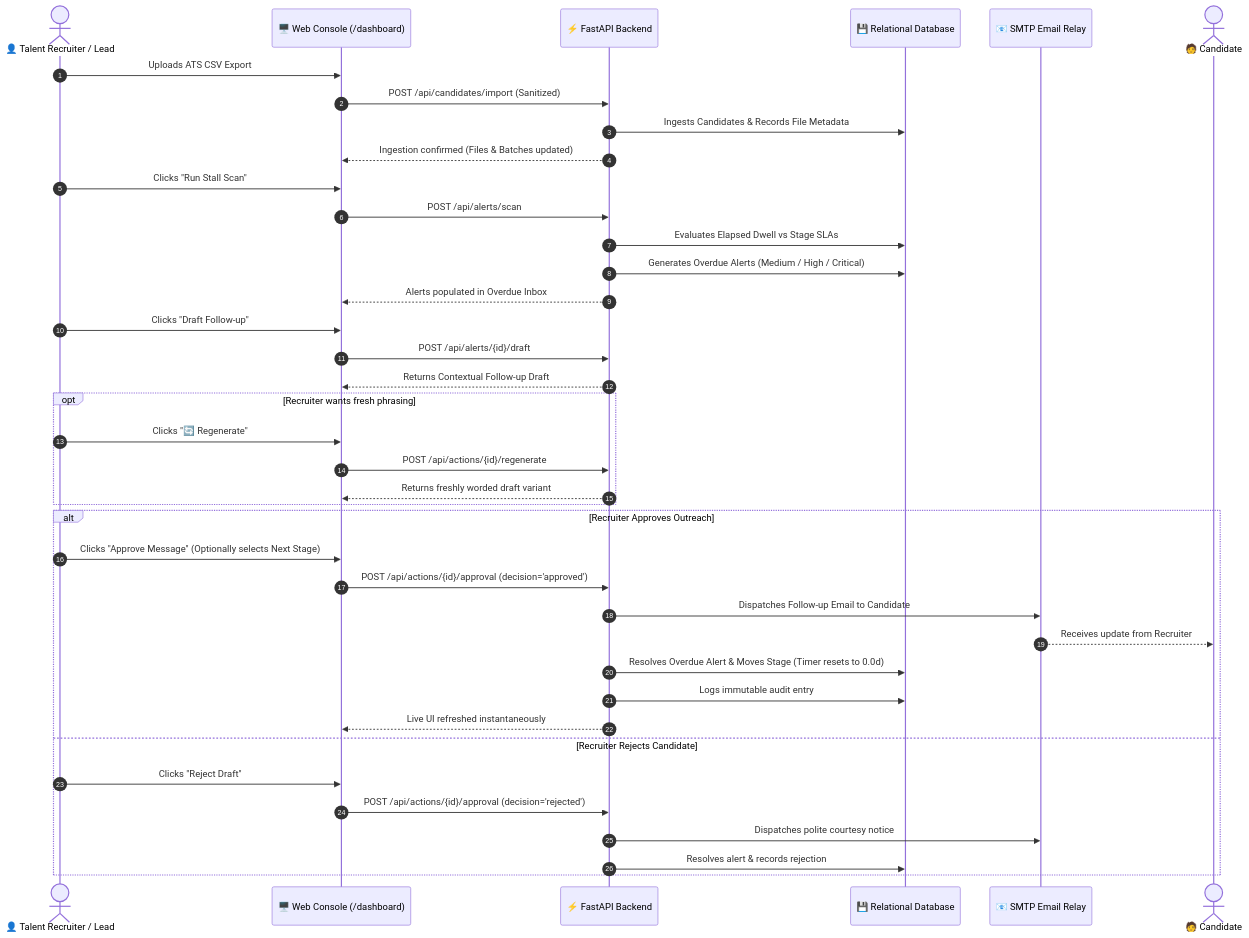
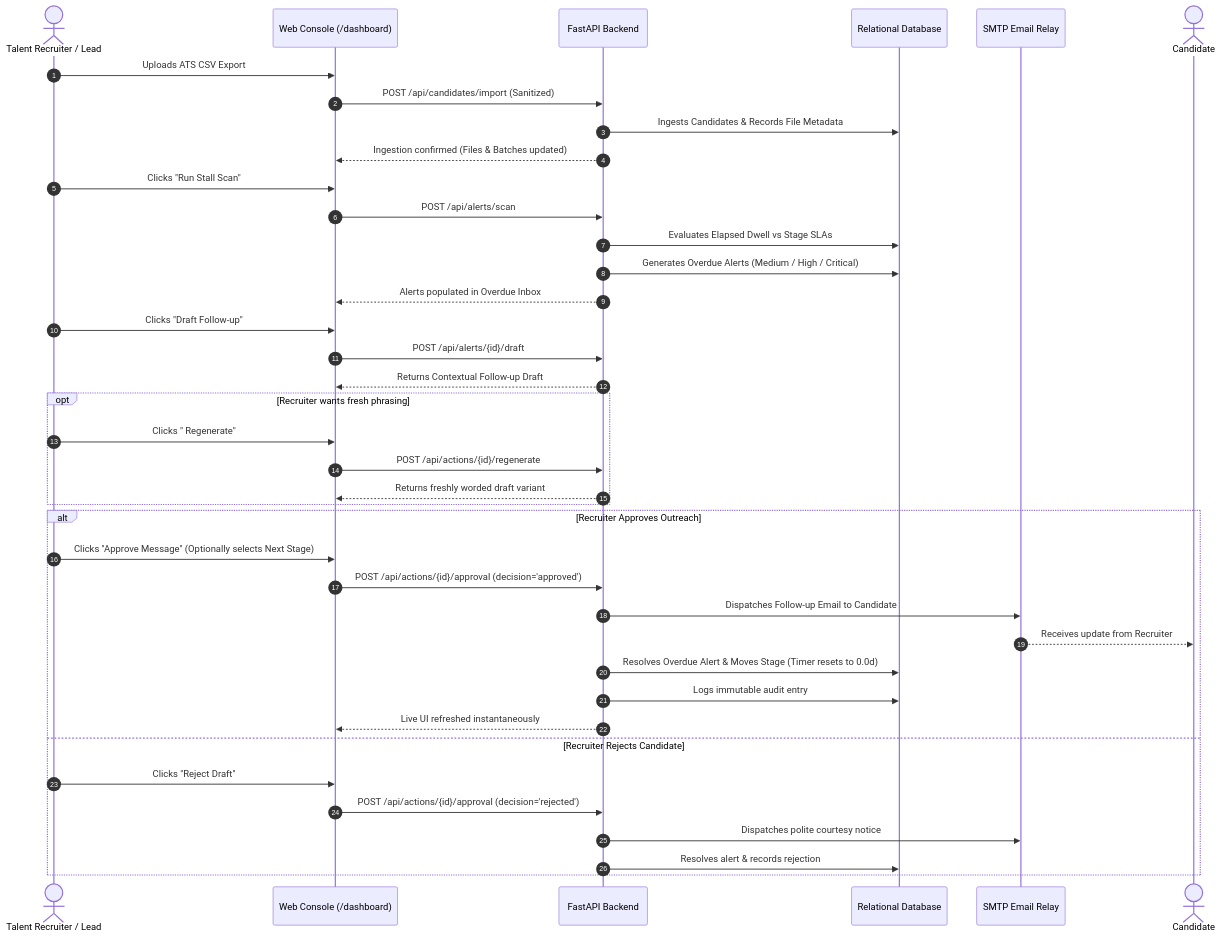
One commit to ajayroll1/Stall_Alert changed the second of 3 diagrams in INTENT.md. Above: the diagram before and after it, drawn with Mermaid. The commit also changed other lines of this file and 9 other files, not shown here.

````diff
--- a/INTENT.md
+++ b/INTENT.md
@@ -67,46 +67,46 @@
 ```mermaid
 sequenceDiagram
     autonumber
-    actor Recruiter as 👤 Talent Recruiter / Lead
-    participant Web as 🖥️ Web Console (/dashboard)
-    participant API as ⚡ FastAPI Backend
-    participant DB as 💾 Relational Database
-    participant SMTP as 📧 SMTP Email Relay
-    actor Candidate as 🧑 Candidate
+    actor Recruiter as  Talent Recruiter / Lead
+    participant Web as  Web Console (/dashboard)
+    participant API as  FastAPI Backend
+    participant DB as  Relational Database
+    participant SMTP as  SMTP Email Relay
+    actor Candidate as  Candidate
 
     Recruiter->>Web: Uploads ATS CSV Export
     Web->>API: POST /api/candidates/import (Sanitized)
     API->>DB: Ingests Candidates & Records File Metadata
     API-->>Web: Ingestion confirmed (Files & Batches updated)
 
     Recruiter->>Web: Clicks "Run Stall Scan"
     Web->>API: POST /api/alerts/scan
     API->>DB: Evaluates Elapsed Dwell vs Stage SLAs
     API->>DB: Generates Overdue Alerts (Medium / High / Critical)
     API-->>Web: Alerts populated in Overdue Inbox
 
     Recruiter->>Web: Clicks "Draft Follow-up"
     Web->>API: POST /api/alerts/{id}/draft
     API-->>Web: Returns Contextual Follow-up Draft
     
     opt Recruiter wants fresh phrasing
-        Recruiter->>Web: Clicks "🔄 Regenerate"
+        Recruiter->>Web: Clicks " Regenerate"
         Web->>API: POST /api/actions/{id}/regenerate
         API-->>Web: Returns freshly worded draft variant
     end
 
     alt Recruiter Approves Outreach
         Recruiter->>Web: Clicks "Approve Message" (Optionally selects Next Stage)
         Web->>API: POST /api/actions/{id}/approval (decision='approved')
         API->>SMTP: Dispatches Follow-up Email to Candidate
         SMTP-->>Candidate: Receives update from Recruiter
         API->>DB: Resolves Overdue Alert & Moves Stage (Timer resets to 0.0d)
         API->>DB: Logs immutable audit entry
         API-->>Web: Live UI refreshed instantaneously
     else Recruiter Rejects Candidate
         Recruiter->>Web: Clicks "Reject Draft"
         Web->>API: POST /api/actions/{id}/approval (decision='rejected')
         API->>SMTP: Dispatches polite courtesy notice
         API->>DB: Resolves alert & records rejection
     end
 ```
````
